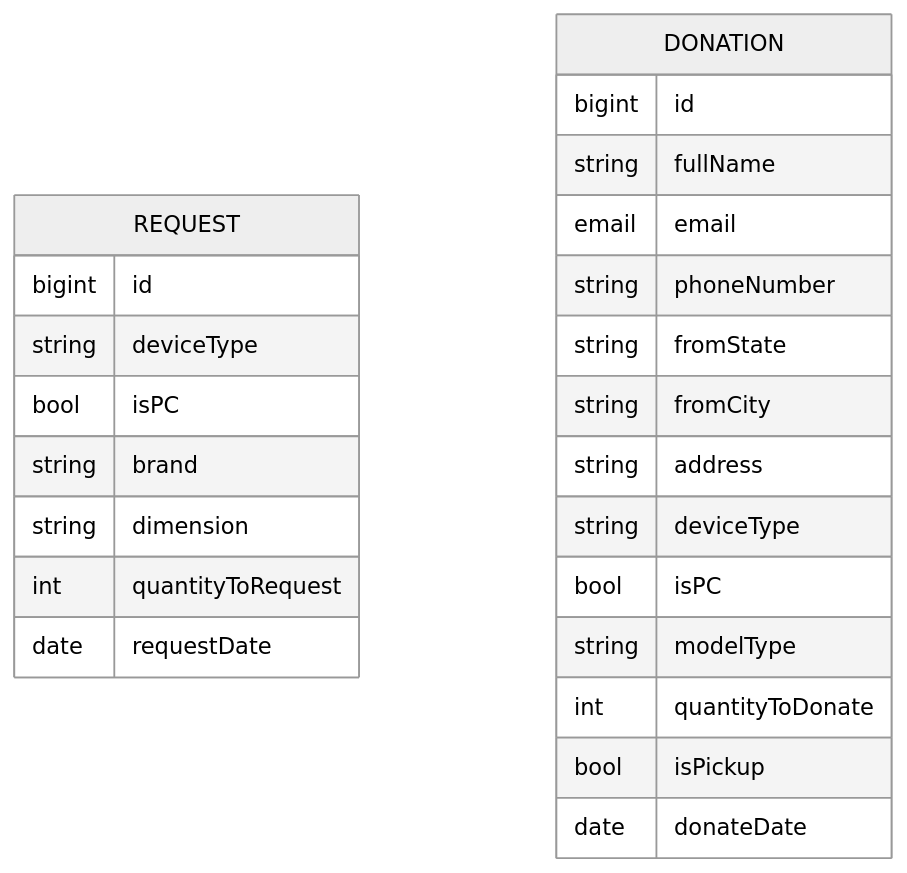
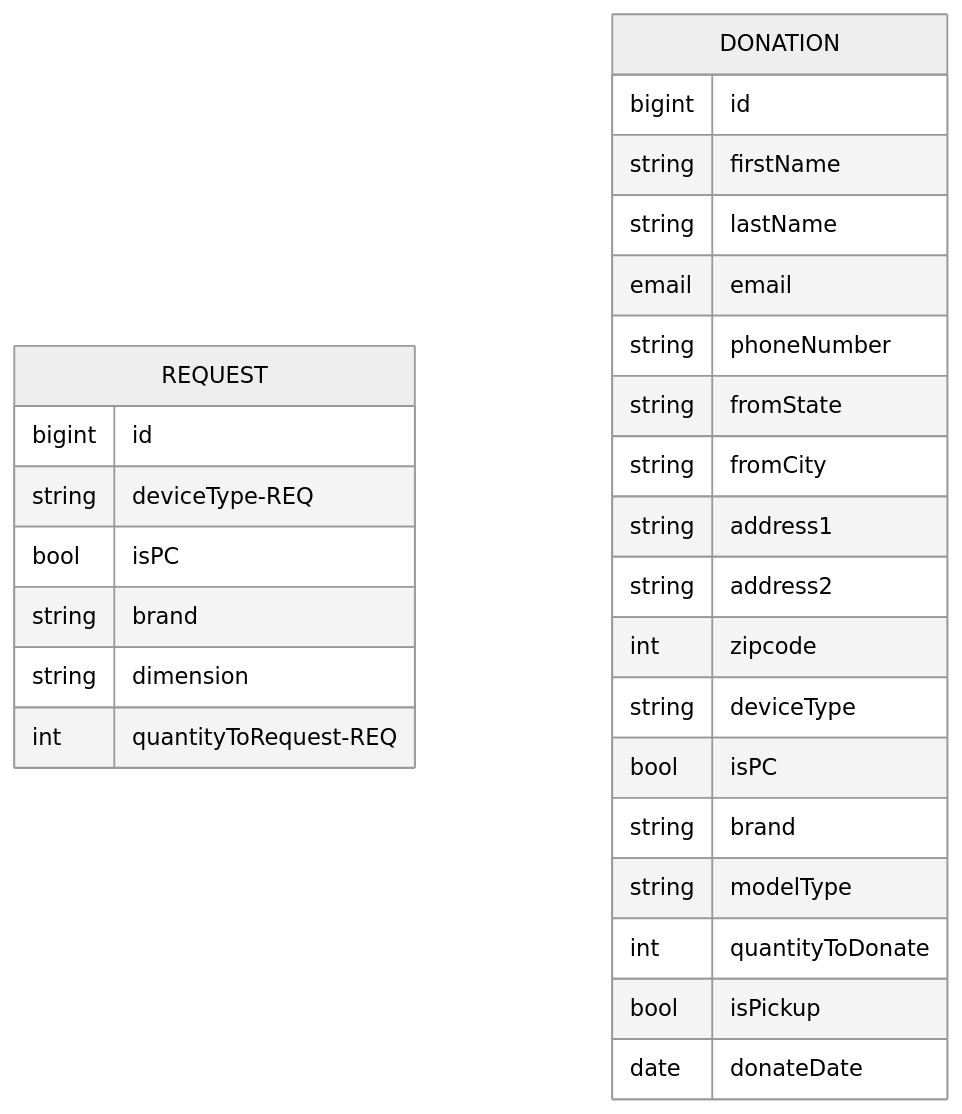
Before and after one commit to cindywongdev/give2learn-backend: the diagram in README.md, drawn with Mermaid (neutral theme). The commit also changed 2 other files, not shown here.

Commit message:
updates to schemas

````diff
--- a/README.md
+++ b/README.md
@@ -13,27 +13,30 @@
 ```mermaid
 erDiagram
     REQUEST {
         bigint  id
-        string  deviceType
+        string  deviceType-REQ
         bool    isPC
         string  brand
         string  dimension
-        int     quantityToRequest
-        date    requestDate
+        int     quantityToRequest-REQ
     }
     DONATION {
         bigint  id
-        string  fullName
+        string  firstName
+        string  lastName
         email   email
         string  phoneNumber
         string  fromState
         string  fromCity
-        string  address
+        string  address1
+        string  address2
+        int     zipcode
         string  deviceType
         bool    isPC
+        string  brand
         string  modelType
         int     quantityToDonate
         bool    isPickup
         date    donateDate
     }
 ```
````
